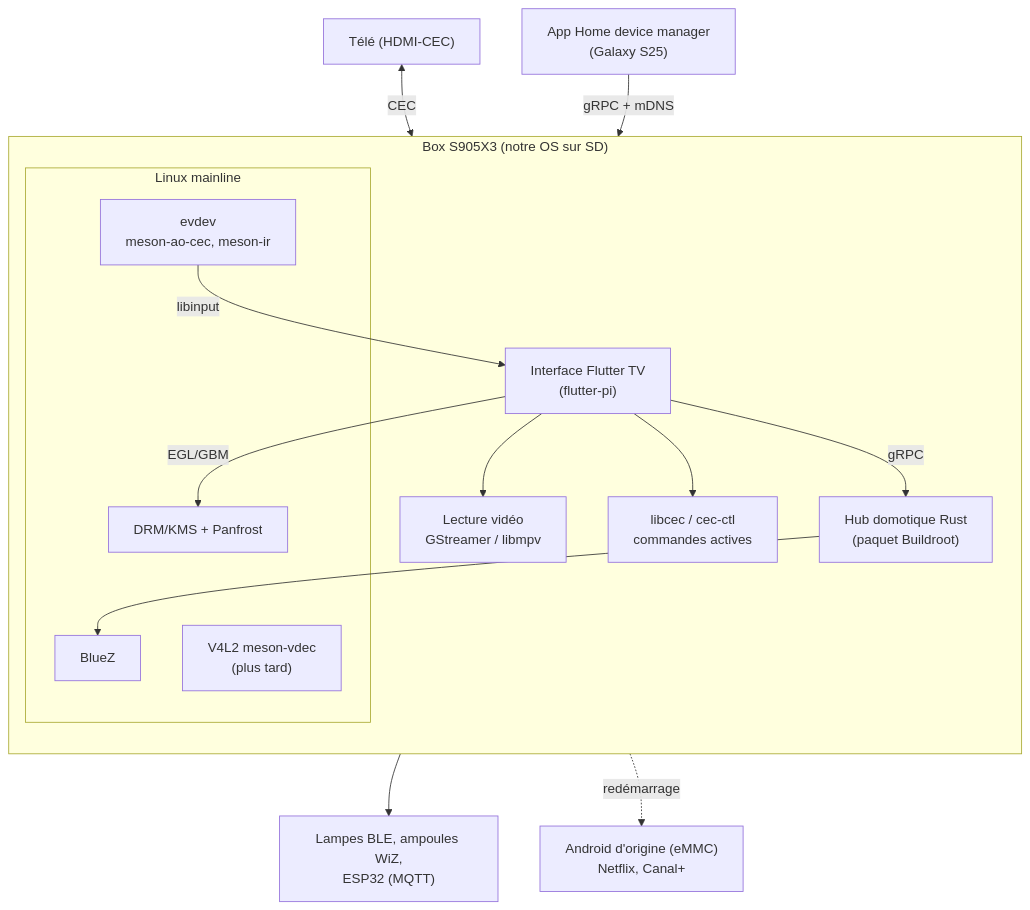
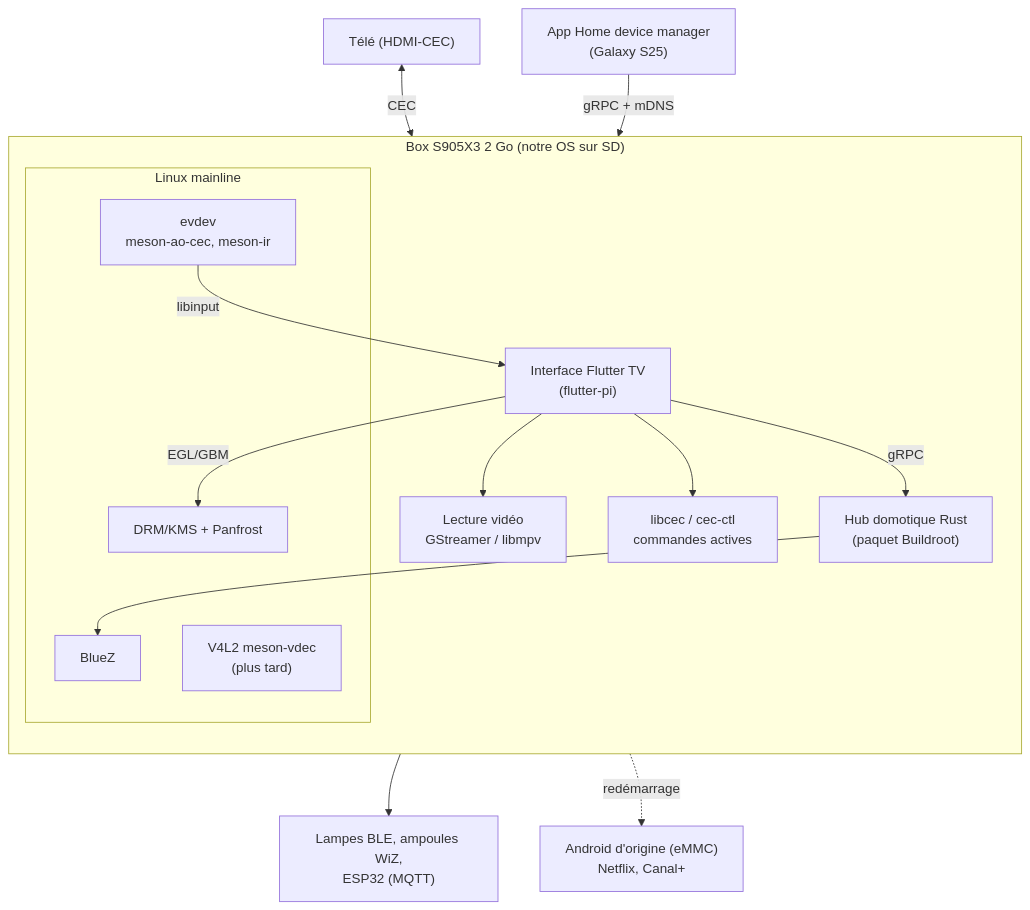
The diagram in docs/architecture.md (payssho/Smart-TV-config), drawn with Mermaid before and after one commit. The commit also changed other lines of this file and 20 other files, not shown here.

````diff
--- a/docs/architecture.md
+++ b/docs/architecture.md
@@ -5,31 +5,31 @@
 ```mermaid
 flowchart TB
-  subgraph Box["Box S905X3 (notre OS sur SD)"]
+  subgraph Box["Box S905X3 2 Go (notre OS sur SD)"]
     direction TB
     UI["Interface Flutter TV<br/>(flutter-pi)"]
     Video["Lecture vidéo<br/>GStreamer / libmpv"]
     Hub["Hub domotique Rust<br/>(paquet Buildroot)"]
     CEC["libcec / cec-ctl<br/>commandes actives"]
     subgraph Noyau["Linux mainline"]
       KMS["DRM/KMS + Panfrost"]
       Evdev["evdev<br/>meson-ao-cec, meson-ir"]
       BlueZ["BlueZ"]
       V4L2["V4L2 meson-vdec<br/>(plus tard)"]
     end
   end
   Android["Android d'origine (eMMC)<br/>Netflix, Canal+"]
   TV["Télé (HDMI-CEC)"]
   Tel["App Home device manager<br/>(Galaxy S25)"]
   Lampes["Lampes BLE, ampoules WiZ,<br/>ESP32 (MQTT)"]
 
   UI -->|EGL/GBM| KMS
   Evdev -->|libinput| UI
   UI --> Video
   UI -->|gRPC| Hub
   UI --> CEC
   TV <-->|CEC| Evdev
   Tel -->|gRPC + mDNS| Hub
   Hub --> BlueZ
   Hub --> Lampes
   Box -. redémarrage .-> Android
 ```
````
